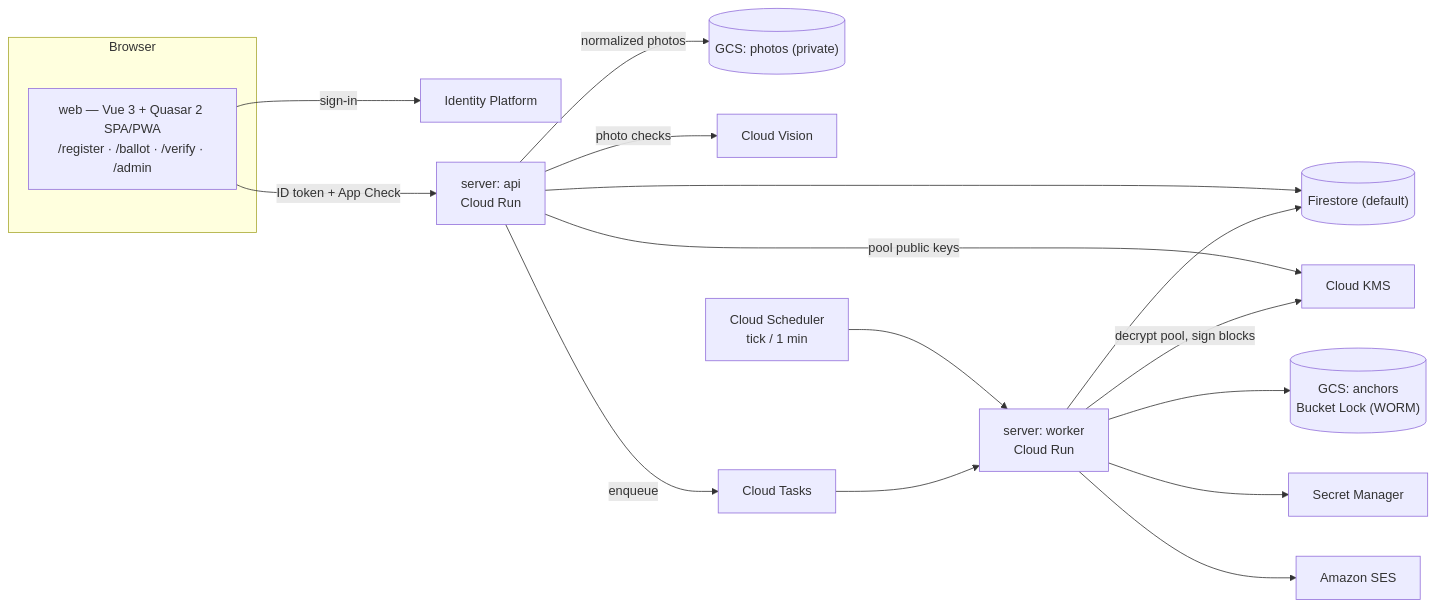
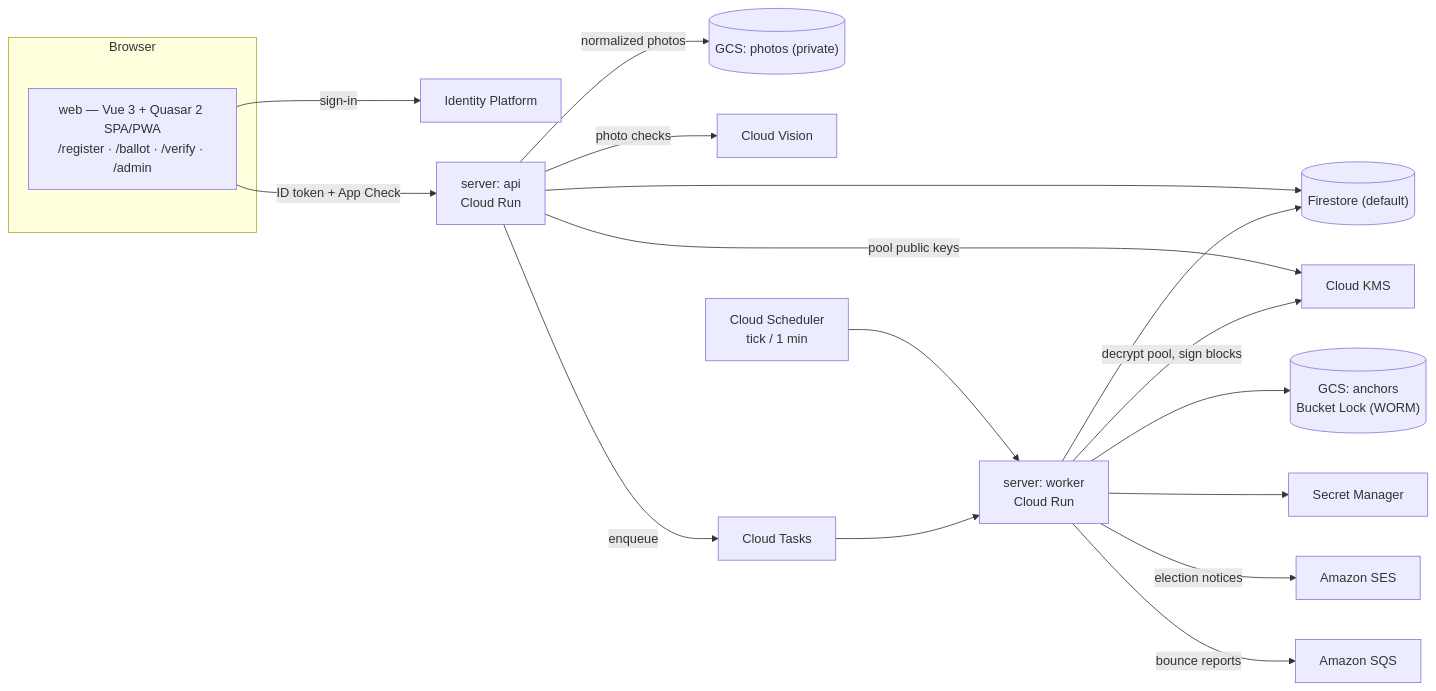
Before and after one commit to ggrow3/USTPVote2: the first of 4 diagrams in docs/DESIGN.md, drawn with Mermaid. The commit also changed other lines of this file and 35 other files, not shown here.

````diff
--- a/docs/DESIGN.md
+++ b/docs/DESIGN.md
@@ -77,20 +77,21 @@
 ```mermaid
 flowchart LR
   subgraph Browser
     WEB["web — Vue 3 + Quasar 2 SPA/PWA<br/>/register · /ballot · /verify · /admin"]
   end
   WEB -- sign-in --> IDP[Identity Platform]
   WEB -- "ID token + App Check" --> API["server: api<br/>Cloud Run"]
   API --> FS[("Firestore (default)")]
   API -- "pool public keys" --> KMS[Cloud KMS]
   API -- "normalized photos" --> GCSP[("GCS: photos (private)")]
   API -- "photo checks" --> VIS[Cloud Vision]
   API -- enqueue --> CT[Cloud Tasks]
   SCH["Cloud Scheduler<br/>tick / 1 min"] --> WK["server: worker<br/>Cloud Run"]
   CT --> WK
   WK --> FS
   WK -- "decrypt pool, sign blocks" --> KMS
   WK --> GCSA[("GCS: anchors<br/>Bucket Lock (WORM)")]
   WK --> SM[Secret Manager]
-  WK --> SES[Amazon SES]
+  WK -- "election notices" --> SES[Amazon SES]
+  WK -- "bounce reports" --> SQS[Amazon SQS]
 ```
````
